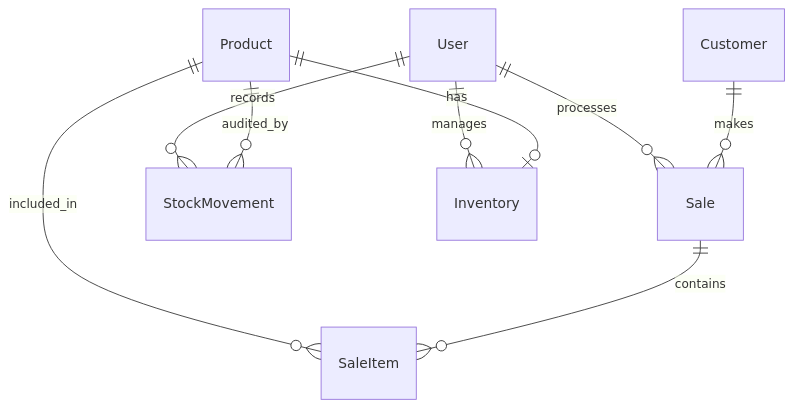
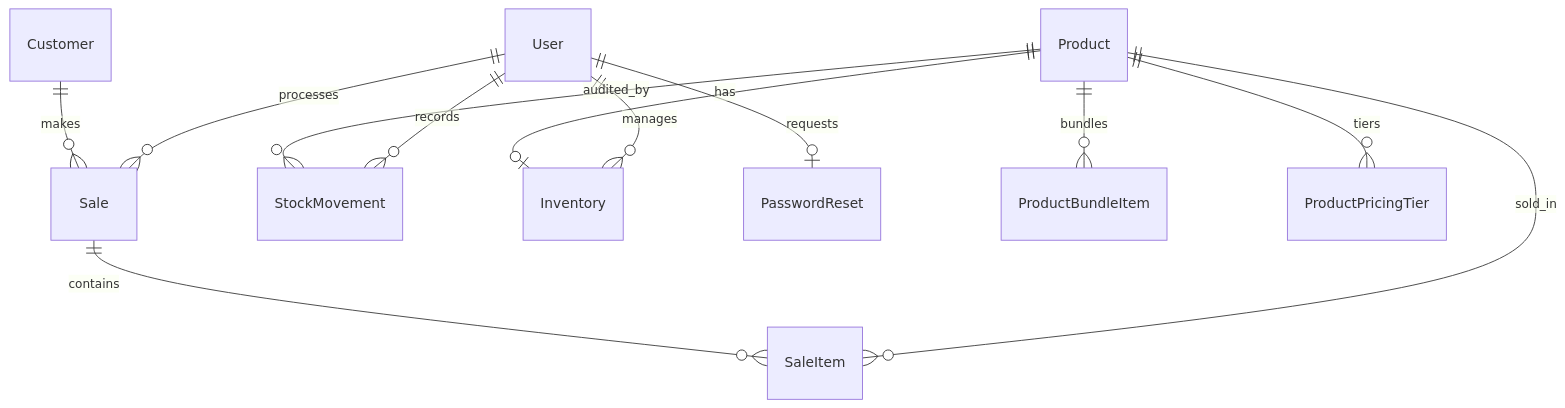
One commit to Keith-Poncardas/stockpilot changed the second of 2 diagrams in README.md. Above: the diagram before and after it, drawn with Mermaid. The commit also changed other lines of this file, not shown here.

````diff
--- a/README.md
+++ b/README.md
@@ -238,11 +260,14 @@
 ```mermaid
 erDiagram
     User ||--o{ Sale : processes
     User ||--o{ StockMovement : records
     User ||--o{ Inventory : manages
+    User ||--o| PasswordReset : requests
+    Customer ||--o{ Sale : makes
     Product ||--o| Inventory : has
-    Product ||--o{ SaleItem : included_in
+    Product ||--o{ SaleItem : sold_in
     Product ||--o{ StockMovement : audited_by
+    Product ||--o{ ProductBundleItem : bundles
+    Product ||--o{ ProductPricingTier : tiers
     Sale ||--o{ SaleItem : contains
-    Customer ||--o{ Sale : makes
 ```
````
